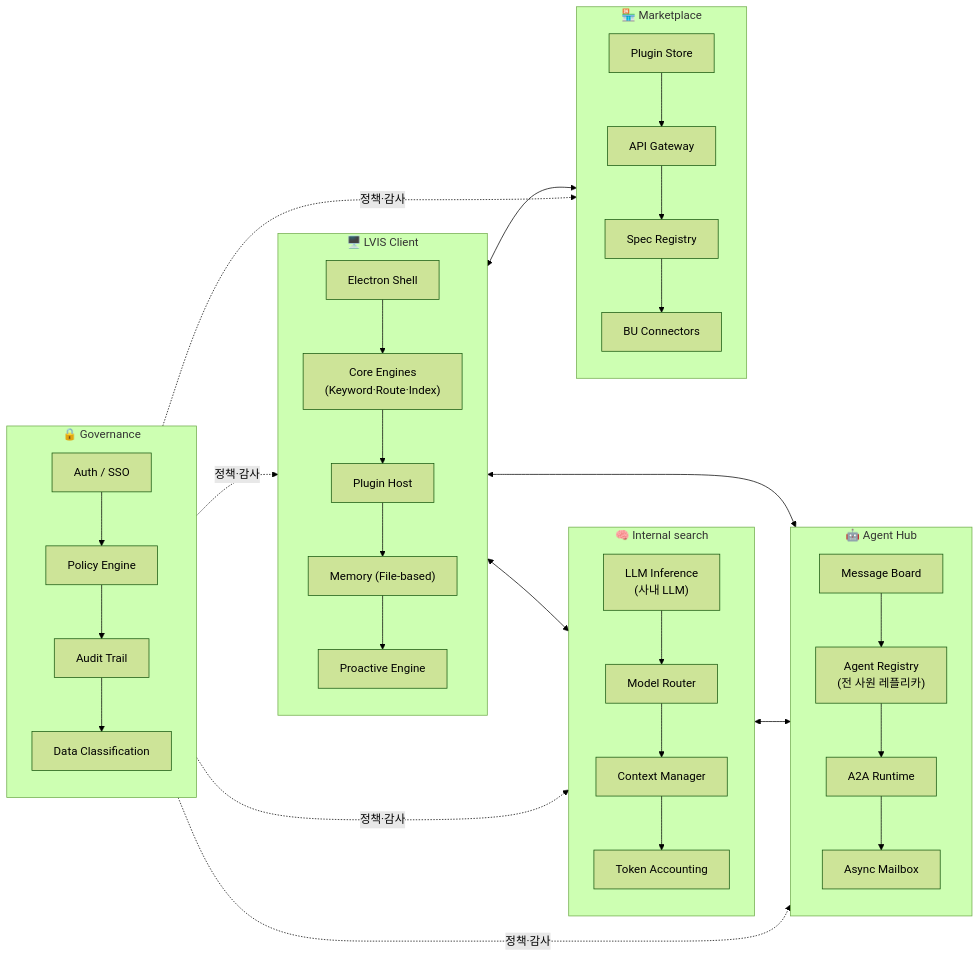
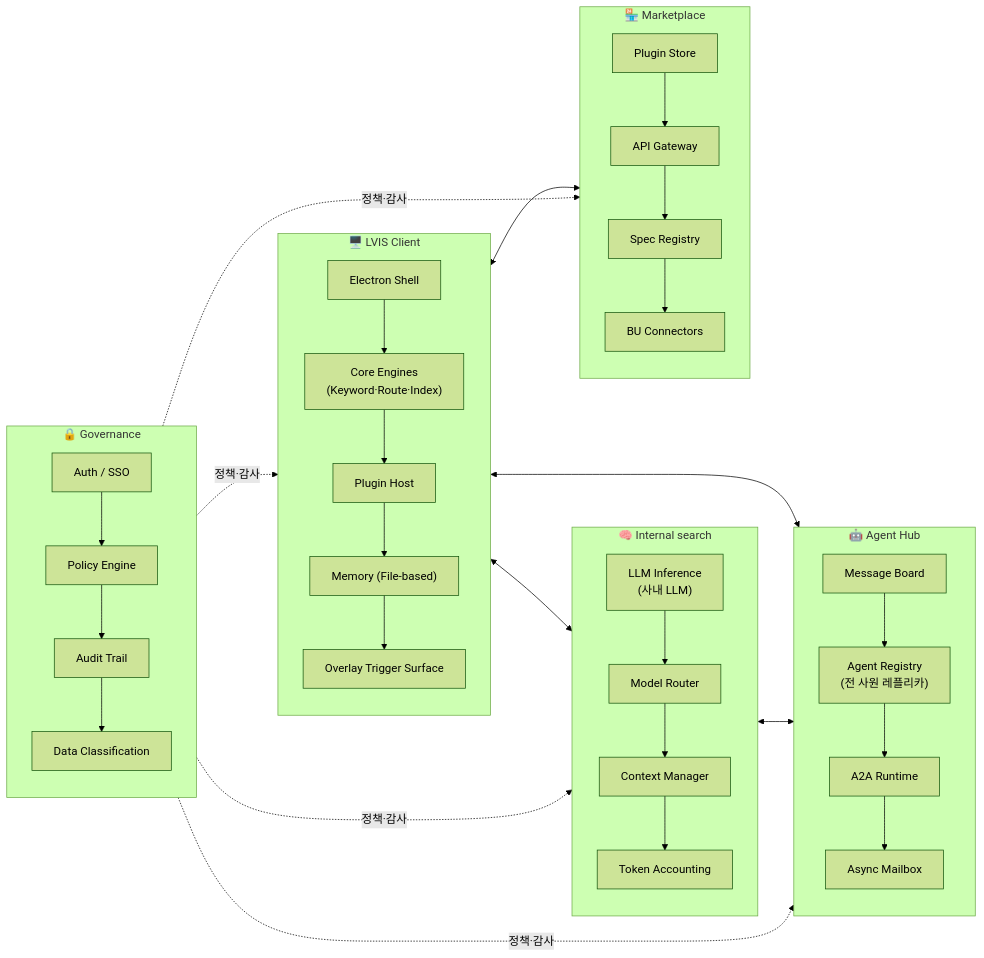
Before and after one commit to lvis-project/lvis-app: the third of 44 diagrams in docs/architecture/architecture.md, drawn with Mermaid (forest theme). The commit also changed other lines of this file and 49 other files, not shown here.

First line of the commit message:
Overlay trigger 권한 경계와 용어를 정렬 (#645)

````diff
--- a/docs/architecture/architecture.md
+++ b/docs/architecture/architecture.md
@@ -158,57 +158,57 @@
 ```mermaid
 graph LR
     subgraph P1["🖥️ LVIS Client"]
         direction TB
         P1A["Electron Shell"]
         P1B["Core Engines<br/>(Keyword·Route·Index)"]
         P1C["Plugin Host"]
         P1D["Memory (File-based)"]
-        P1E["Proactive Engine"]
+        P1E["Overlay Trigger Surface"]
         P1A --> P1B --> P1C --> P1D --> P1E
     end
 
     subgraph P2["🧠 Internal search"]
         direction TB
         P2A["LLM Inference<br/>(사내 LLM)"]
         P2B["Model Router"]
         P2C["Context Manager"]
         P2D["Token Accounting"]
         P2A --> P2B --> P2C --> P2D
     end
 
     subgraph P3["🤖 Agent Hub"]
         direction TB
         P3A["Message Board"]
         P3B["Agent Registry<br/>(전 사원 레플리카)"]
         P3C["A2A Runtime"]
         P3D["Async Mailbox"]
         P3A --> P3B --> P3C --> P3D
     end
 
     subgraph P4["🏪 Marketplace"]
         direction TB
         P4A["Plugin Store"]
         P4B["API Gateway"]
         P4C["Spec Registry"]
         P4D["BU Connectors"]
         P4A --> P4B --> P4C --> P4D
     end
 
     subgraph P5["🔒 Governance"]
         direction TB
         P5A["Auth / SSO"]
         P5B["Policy Engine"]
         P5C["Audit Trail"]
         P5D["Data Classification"]
         P5A --> P5B --> P5C --> P5D
     end
 
     P1 <--> P2
     P1 <--> P3
     P1 <--> P4
     P2 <--> P3
     P5 -.->|"정책·감사"| P1
     P5 -.->|"정책·감사"| P2
     P5 -.->|"정책·감사"| P3
     P5 -.->|"정책·감사"| P4
 ```
````
